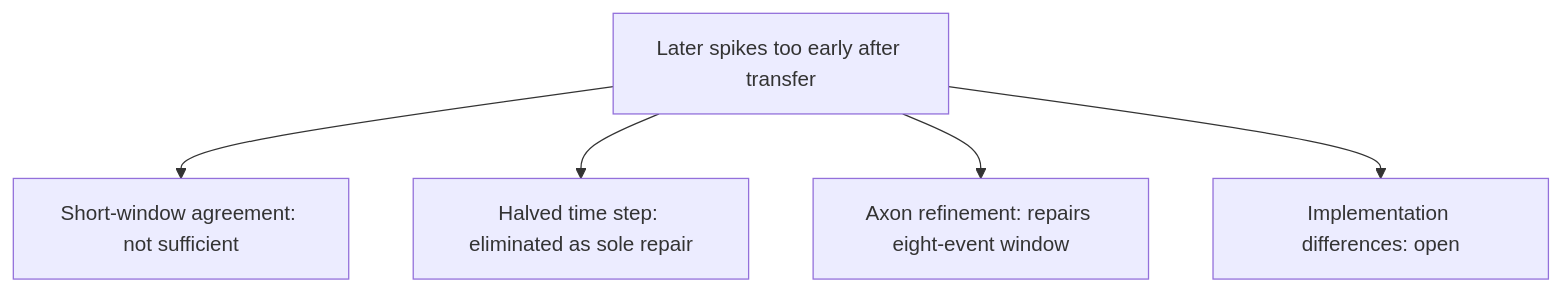
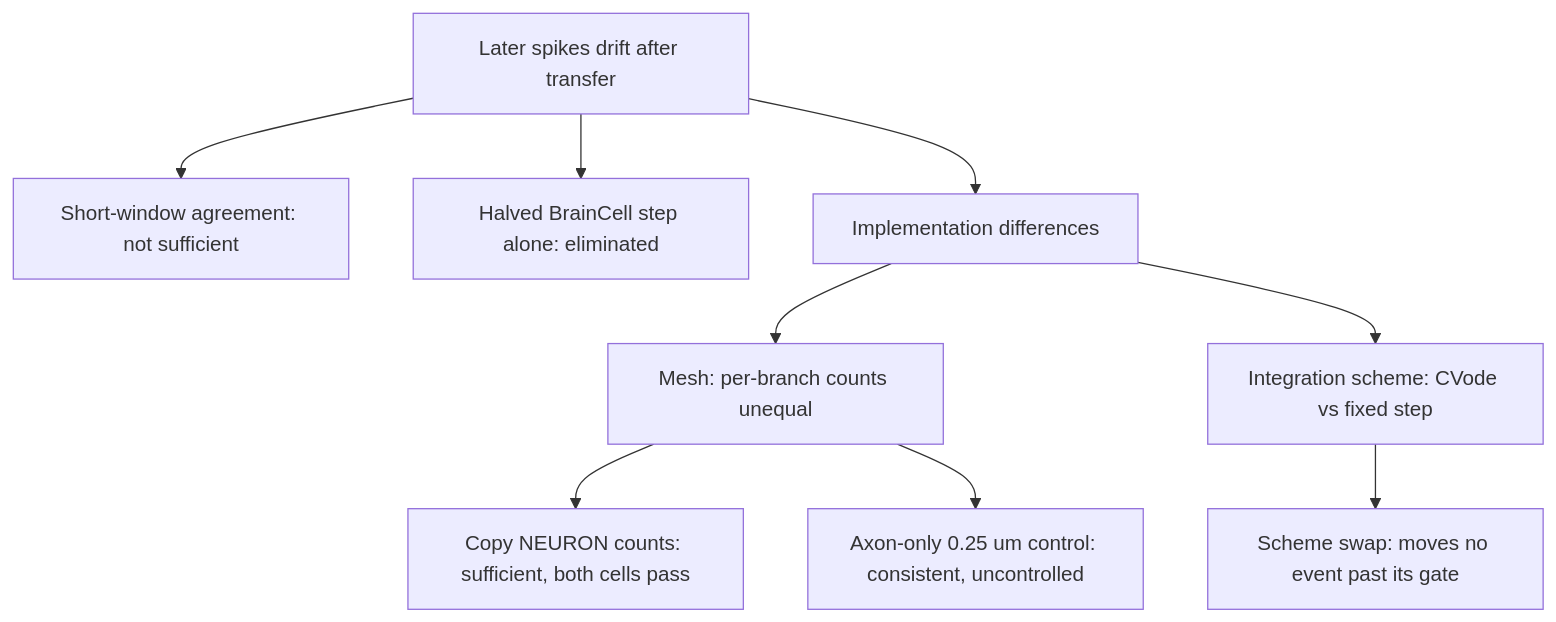
Before and after one commit to mithridatic/braintrace: the fourth of 9 diagrams in docs/h01-causal-model.md, drawn with Mermaid. The commit also changed other lines of this file and 108 other files, not shown here.

````diff
--- a/docs/h01-causal-model.md
+++ b/docs/h01-causal-model.md
@@ -239,7 +249,11 @@
 ```mermaid
 flowchart TD
-    Y2[Later spikes too early after transfer] --> W[Short-window agreement: not sufficient]
-    Y2 --> T[Halved time step: eliminated as sole repair]
-    Y2 --> A[Axon refinement: repairs eight-event window]
-    Y2 --> O[Implementation differences: open]
+    Y2[Later spikes drift after transfer] --> W[Short-window agreement: not sufficient]
+    Y2 --> T[Halved BrainCell step alone: eliminated]
+    Y2 --> I[Implementation differences]
+    I --> A[Mesh: per-branch counts unequal]
+    I --> B[Integration scheme: CVode vs fixed step]
+    A --> A1[Copy NEURON counts: sufficient, both cells pass]
+    B --> B1[Scheme swap: moves no event past its gate]
+    A --> A0[Axon-only 0.25 um control: consistent, uncontrolled]
 ```
````
